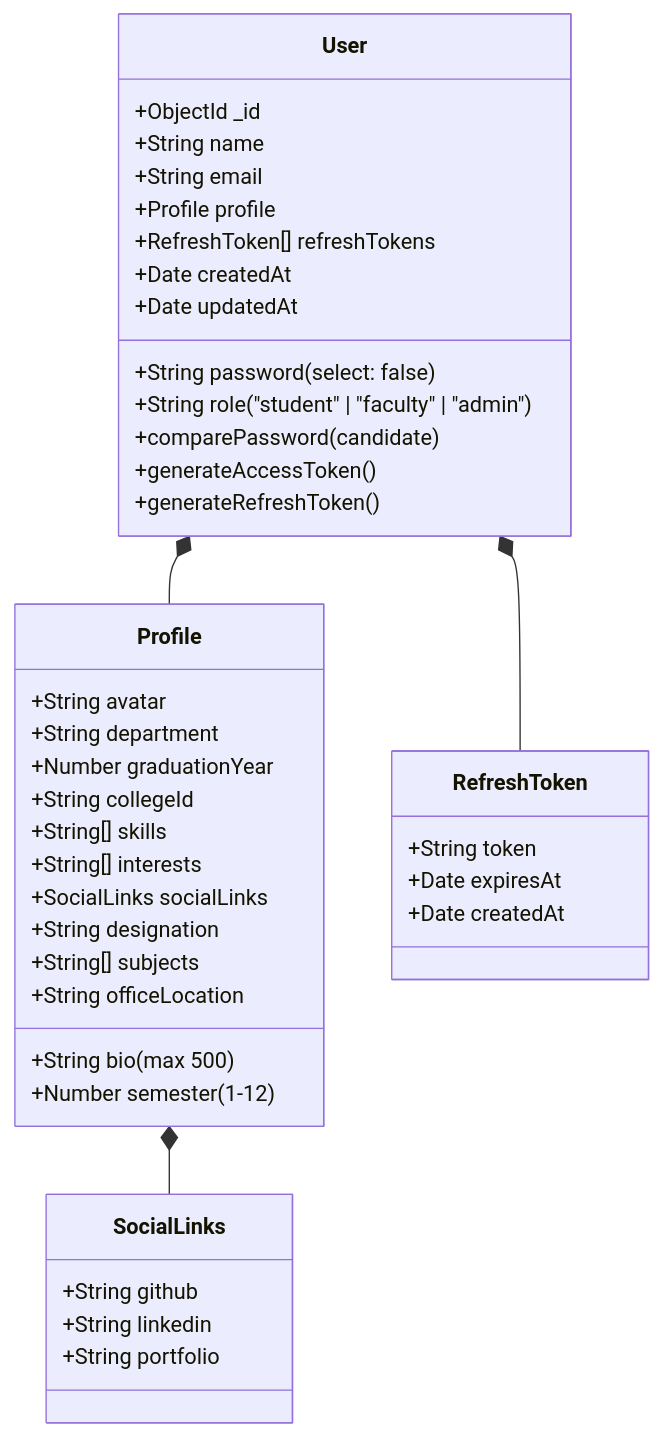
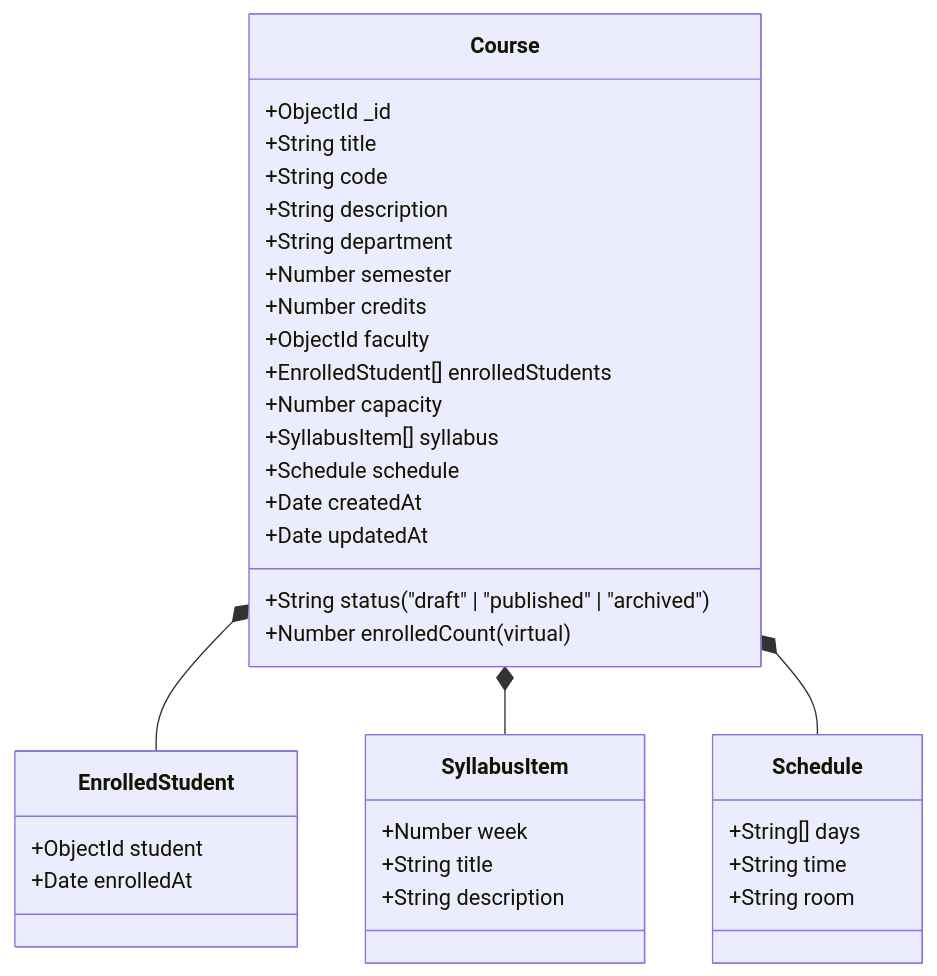
The fourth of 4 diagrams in docs/architecture.md (kubervaidya24-max/CAMPUSFLOW), drawn with Mermaid before and after one commit. The commit also changed other lines of this file and 16 other files, not shown here.

````diff
--- a/docs/architecture.md
+++ b/docs/architecture.md
@@ -61,48 +93,42 @@
 ```mermaid
 classDiagram
-    class User {
+    class Course {
         +ObjectId _id
-        +String name
-        +String email
-        +String password (select: false)
-        +String role ("student" | "faculty" | "admin")
-        +Profile profile
-        +RefreshToken[] refreshTokens
+        +String title
+        +String code
+        +String description
+        +String department
+        +Number semester
+        +Number credits
+        +ObjectId faculty
+        +EnrolledStudent[] enrolledStudents
+        +Number capacity
+        +String status ("draft" | "published" | "archived")
+        +SyllabusItem[] syllabus
+        +Schedule schedule
+        +Number enrolledCount (virtual)
         +Date createdAt
         +Date updatedAt
-        +comparePassword(candidate)
-        +generateAccessToken()
-        +generateRefreshToken()
     }
 
-    class Profile {
-        +String avatar
-        +String bio (max 500)
-        +String department
-        +Number semester (1-12)
-        +Number graduationYear
-        +String collegeId
-        +String[] skills
-        +String[] interests
-        +SocialLinks socialLinks
-        +String designation
-        +String[] subjects
-        +String officeLocation
+    class EnrolledStudent {
+        +ObjectId student
+        +Date enrolledAt
     }
 
-    class SocialLinks {
-        +String github
-        +String linkedin
-        +String portfolio
+    class SyllabusItem {
+        +Number week
+        +String title
+        +String description
     }
 
-    class RefreshToken {
-        +String token
-        +Date expiresAt
-        +Date createdAt
+    class Schedule {
+        +String[] days
+        +String time
+        +String room
     }
 
-    User *-- Profile
-    User *-- RefreshToken
-    Profile *-- SocialLinks
+    Course *-- EnrolledStudent
+    Course *-- SyllabusItem
+    Course *-- Schedule
 ```
````
